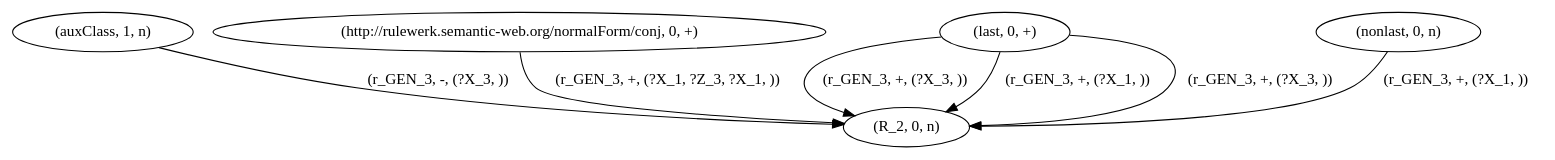
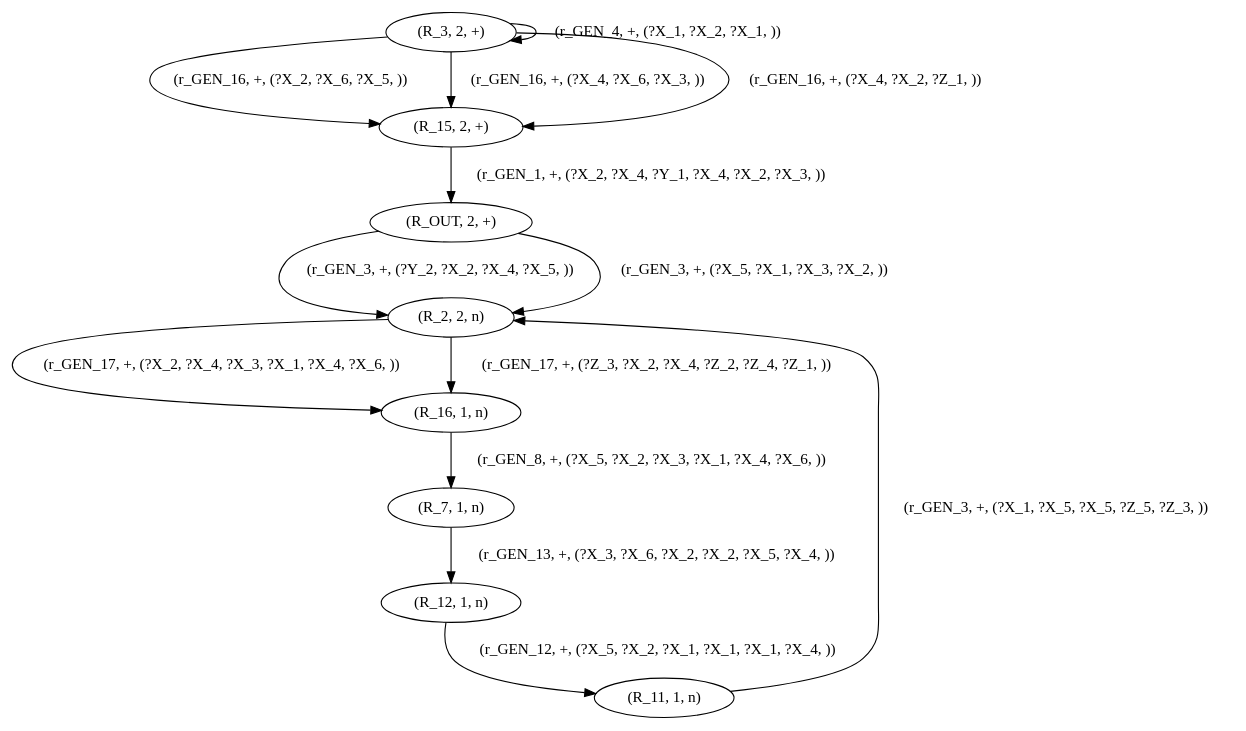
The diagram in mtf_TEST/debug/0adg_restricted_to_R_2.dot (Leo-Aus-Berlin/nemo-metamorphic-testing), drawn with Graphviz before and after one commit. The commit also changed 127 other files, not shown here.

```diff
--- a/mtf_TEST/debug/0adg_restricted_to_R_2.dot
+++ b/mtf_TEST/debug/0adg_restricted_to_R_2.dot
@@ -1,13 +1,23 @@
 digraph {
-    4 [ label = "(auxClass, 1, n)" ]
-    11 [ label = "(http://rulewerk.semantic-web.org/normalForm/conj, 0, +)" ]
-    19 [ label = "(last, 0, +)" ]
-    23 [ label = "(nonlast, 0, n)" ]
-    30 [ label = "(R_2, 0, n)" ]
-    19 -> 30 [ label = "(r_GEN_3, +, (?X_3, ))" ]
-    19 -> 30 [ label = "(r_GEN_3, +, (?X_1, ))" ]
-    19 -> 30 [ label = "(r_GEN_3, +, (?X_3, ))" ]
-    4 -> 30 [ label = "(r_GEN_3, -, (?X_3, ))" ]
-    11 -> 30 [ label = "(r_GEN_3, +, (?X_1, ?Z_3, ?X_1, ))" ]
-    23 -> 30 [ label = "(r_GEN_3, +, (?X_1, ))" ]
+    0 [ label = "(R_OUT, 2, +)" ]
+    2 [ label = "(R_2, 2, n)" ]
+    3 [ label = "(R_3, 2, +)" ]
+    7 [ label = "(R_7, 1, n)" ]
+    11 [ label = "(R_11, 1, n)" ]
+    12 [ label = "(R_12, 1, n)" ]
+    15 [ label = "(R_15, 2, +)" ]
+    16 [ label = "(R_16, 1, n)" ]
+    15 -> 0 [ label = "(r_GEN_1, +, (?X_2, ?X_4, ?Y_1, ?X_4, ?X_2, ?X_3, ))" ]
+    0 -> 2 [ label = "(r_GEN_3, +, (?Y_2, ?X_2, ?X_4, ?X_5, ))" ]
+    0 -> 2 [ label = "(r_GEN_3, +, (?X_5, ?X_1, ?X_3, ?X_2, ))" ]
+    3 -> 3 [ label = "(r_GEN_4, +, (?X_1, ?X_2, ?X_1, ))" ]
+    16 -> 7 [ label = "(r_GEN_8, +, (?X_5, ?X_2, ?X_3, ?X_1, ?X_4, ?X_6, ))" ]
+    12 -> 11 [ label = "(r_GEN_12, +, (?X_5, ?X_2, ?X_1, ?X_1, ?X_1, ?X_4, ))" ]
+    7 -> 12 [ label = "(r_GEN_13, +, (?X_3, ?X_6, ?X_2, ?X_2, ?X_5, ?X_4, ))" ]
+    3 -> 15 [ label = "(r_GEN_16, +, (?X_2, ?X_6, ?X_5, ))" ]
+    3 -> 15 [ label = "(r_GEN_16, +, (?X_4, ?X_6, ?X_3, ))" ]
+    2 -> 16 [ label = "(r_GEN_17, +, (?X_2, ?X_4, ?X_3, ?X_1, ?X_4, ?X_6, ))" ]
+    2 -> 16 [ label = "(r_GEN_17, +, (?Z_3, ?X_2, ?X_4, ?Z_2, ?Z_4, ?Z_1, ))" ]
+    3 -> 15 [ label = "(r_GEN_16, +, (?X_4, ?X_2, ?Z_1, ))" ]
+    11 -> 2 [ label = "(r_GEN_3, +, (?X_1, ?X_5, ?X_5, ?Z_5, ?Z_3, ))" ]
 }
```
